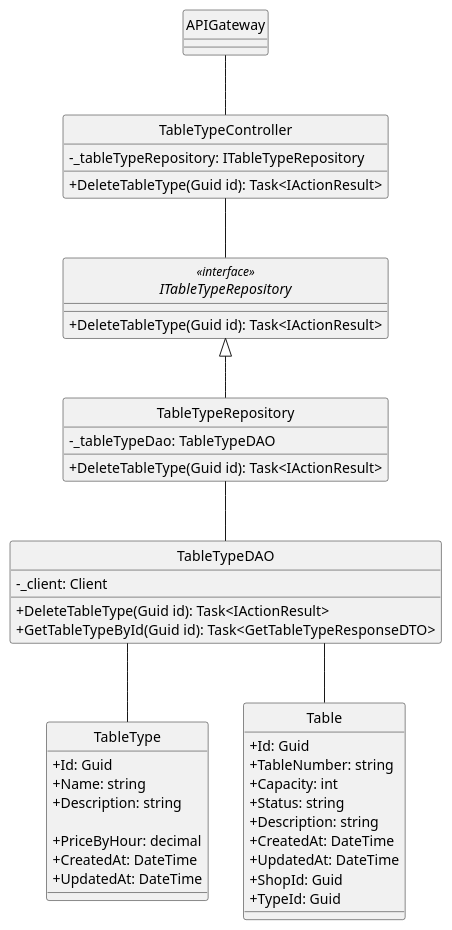
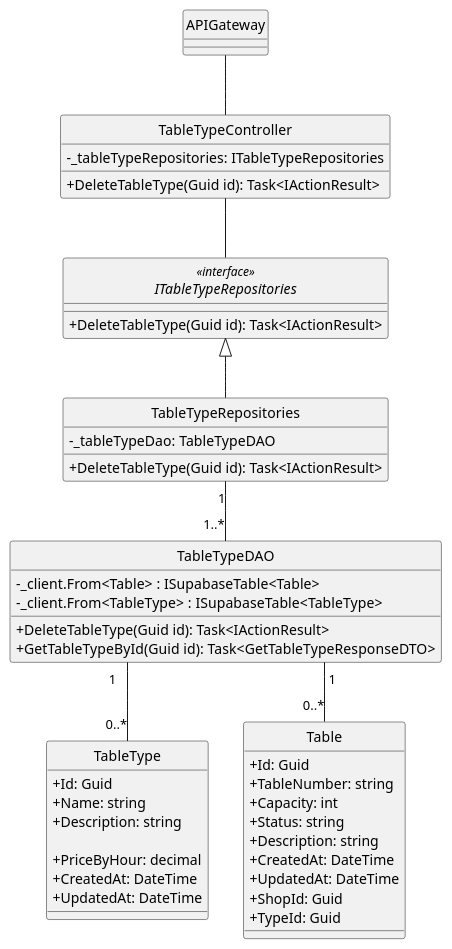
Before and after one commit to minhnhut23/FPT-OBOMS: the diagram in docs/ClassDiagram/TableType/DeleteTableType.plantuml, drawn with PlantUML. The commit also changed 9 other files, not shown here.

Commit message:
table feature sequence-diagram

```diff
--- a/docs/ClassDiagram/TableType/DeleteTableType.plantuml
+++ b/docs/ClassDiagram/TableType/DeleteTableType.plantuml
@@ -1,57 +1,58 @@
 @startuml
 hide circle
 skinparam classAttributeIconSize 0
 
 skinparam linetype ortho
 
 class APIGateway {
 }
 
 class TableTypeController {
-    - _tableTypeRepository: ITableTypeRepository
+    - _tableTypeRepositories: ITableTypeRepositories
     + DeleteTableType(Guid id): Task<IActionResult> 
 }
 
-interface ITableTypeRepository<<interface>> {
+interface ITableTypeRepositories<<interface>> {
     + DeleteTableType(Guid id): Task<IActionResult> 
    }
 
-class TableTypeRepository {
+class TableTypeRepositories {
     - _tableTypeDao: TableTypeDAO
     + DeleteTableType(Guid id): Task<IActionResult> 
 }
 
 class TableTypeDAO {
-    - _client: Client
+    - _client.From<Table> : ISupabaseTable<Table>
+    - _client.From<TableType> : ISupabaseTable<TableType>
     + DeleteTableType(Guid id): Task<IActionResult>
     + GetTableTypeById(Guid id): Task<GetTableTypeResponseDTO> 
 }
 class TableType {
     + Id: Guid
     + Name: string
     + Description: string
 
     + PriceByHour: decimal
     + CreatedAt: DateTime
     + UpdatedAt: DateTime
 }
 class Table {
     + Id: Guid
     + TableNumber: string
     + Capacity: int
     + Status: string
     + Description: string
     + CreatedAt: DateTime
     + UpdatedAt: DateTime
     + ShopId: Guid
     + TypeId: Guid
 }
 
 APIGateway -- TableTypeController
-TableTypeController -- ITableTypeRepository
-ITableTypeRepository <|-- TableTypeRepository
-TableTypeRepository -- TableTypeDAO
+TableTypeController -- ITableTypeRepositories
+ITableTypeRepositories <|-- TableTypeRepositories
+TableTypeRepositories "1"--"1..*" TableTypeDAO
 
-TableTypeDAO -- TableType
-TableTypeDAO -- Table
+TableTypeDAO "1"--"0..*" TableType
+TableTypeDAO "1"--"0..*" Table
 @enduml
```
